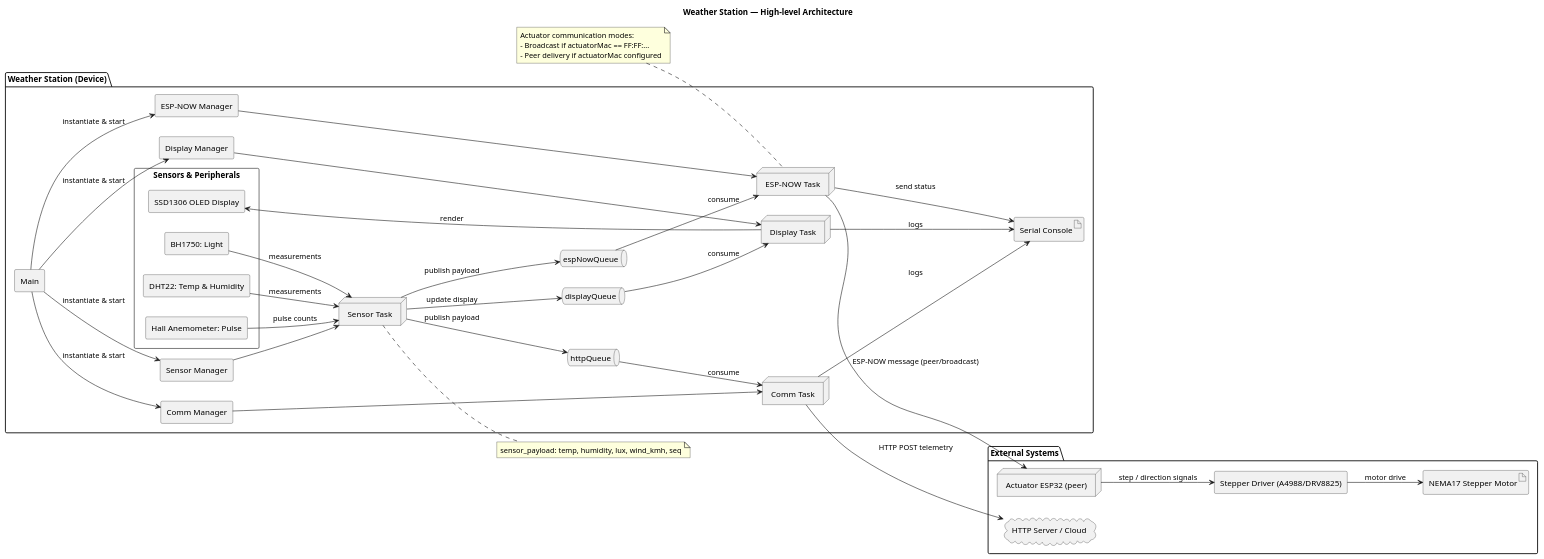
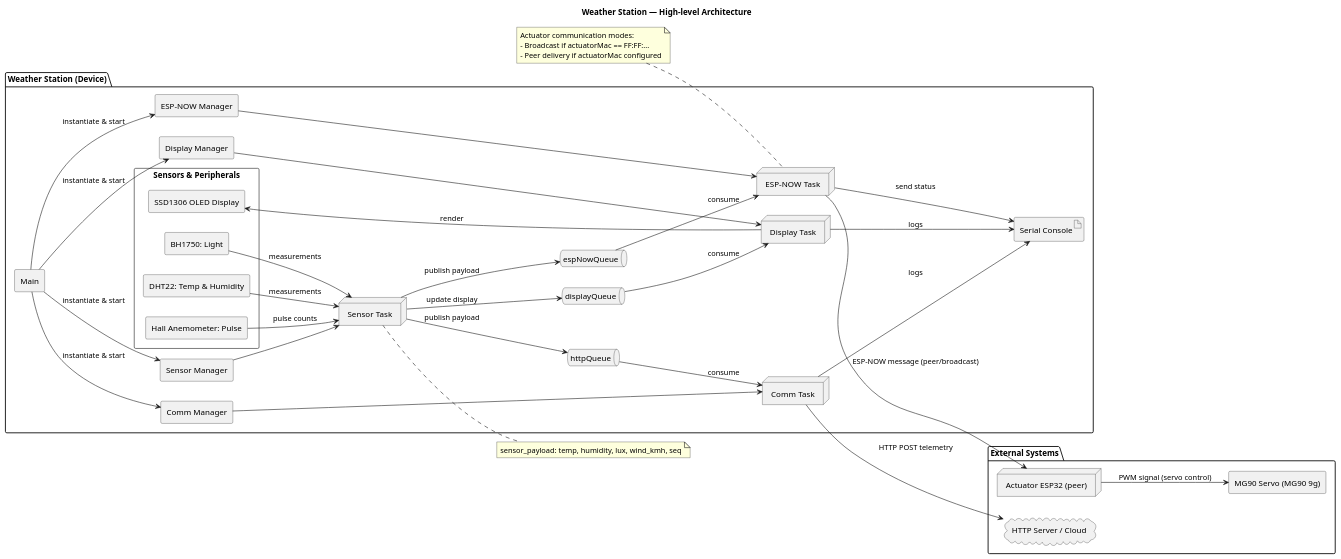
The diagram in design/architecture/ArchitectureDesign.puml (TigoG/Minor_Smart_Things), drawn with PlantUML before and after one commit.

Commit message:
correct architecture

```diff
--- a/design/architecture/ArchitectureDesign.puml
+++ b/design/architecture/ArchitectureDesign.puml
@@ -1,86 +1,84 @@
 @startuml Architecture Design
 title Weather Station — High-level Architecture
 skinparam componentStyle rectangle
 left to right direction
 
 package "Weather Station (Device)" as WS {
   component "Main" as Main
   component "Sensor Manager" as SensorManager
   component "ESP-NOW Manager" as EspNowManager
   component "Comm Manager" as CommManager
   component "Display Manager" as DisplayManager
 
   queue "espNowQueue" as Q_espNow
   queue "httpQueue" as Q_http
   queue "displayQueue" as Q_display
 
   node "Sensor Task" as SensorTask
   node "ESP-NOW Task" as EspNowTask
   node "Comm Task" as CommTask
   node "Display Task" as DisplayTask
 
   rectangle "Sensors & Peripherals" as Periph {
     [DHT22: Temp & Humidity] as DHT
     [BH1750: Light] as BH1750
     [Hall Anemometer: Pulse] as Anem
     [SSD1306 OLED Display] as SSD1306
   }
 
   artifact "Serial Console" as Serial
 }
 
 package "External Systems" {
   node "Actuator ESP32 (peer)" as ActuatorESP
-  rectangle "Stepper Driver (A4988/DRV8825)" as StepperDriver
-  artifact "NEMA17 Stepper Motor" as NEMA17
+  rectangle "MG90 Servo (MG90 9g)" as MG90
   cloud "HTTP Server / Cloud" as Server
 }
 
 ' Startup and instantiation
 Main --> SensorManager : instantiate & start
 Main --> EspNowManager : instantiate & start
 Main --> CommManager : instantiate & start
 Main --> DisplayManager : instantiate & start
 
 ' Tasks creation
 SensorManager --> SensorTask
 EspNowManager --> EspNowTask
 CommManager --> CommTask
 DisplayManager --> DisplayTask
 
 ' Sensor data flow
 DHT --> SensorTask : measurements
 BH1750 --> SensorTask : measurements
 Anem --> SensorTask : pulse counts
 SensorTask --> Q_espNow : publish payload
 SensorTask --> Q_http : publish payload
 SensorTask --> Q_display : update display
 
 ' Consumers
 Q_display --> DisplayTask : consume
 DisplayTask --> SSD1306 : render
 DisplayTask --> Serial : logs
 
 Q_http --> CommTask : consume
 CommTask --> Server : HTTP POST telemetry
 CommTask --> Serial : logs
 
 Q_espNow --> EspNowTask : consume
 EspNowTask --> ActuatorESP : ESP-NOW message (peer/broadcast)
 EspNowTask --> Serial : send status
 
 ' Actuator chain
-ActuatorESP --> StepperDriver : step / direction signals
-StepperDriver --> NEMA17 : motor drive
+ActuatorESP --> MG90 : PWM signal (servo control)
 
 note right of SensorTask
 sensor_payload: temp, humidity, lux, wind_kmh, seq
 end note
 
 note left of EspNowTask
 Actuator communication modes:
 - Broadcast if actuatorMac == FF:FF:...
 - Peer delivery if actuatorMac configured
 end note
 
 @enduml
```
